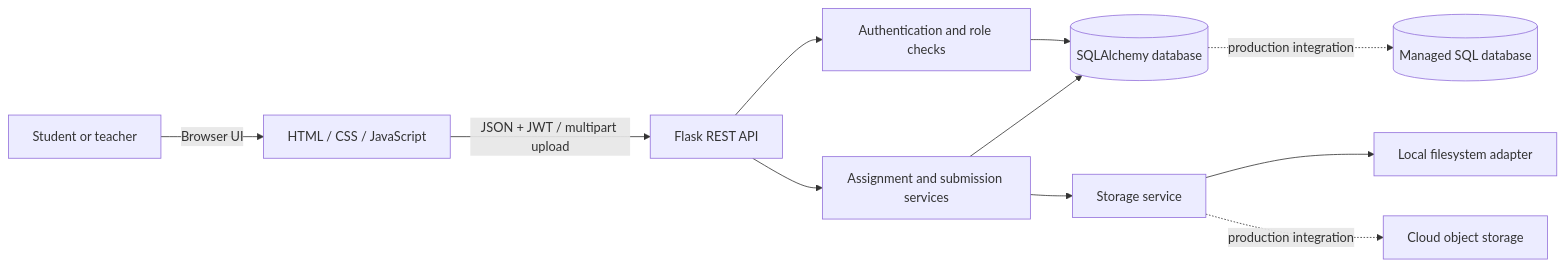
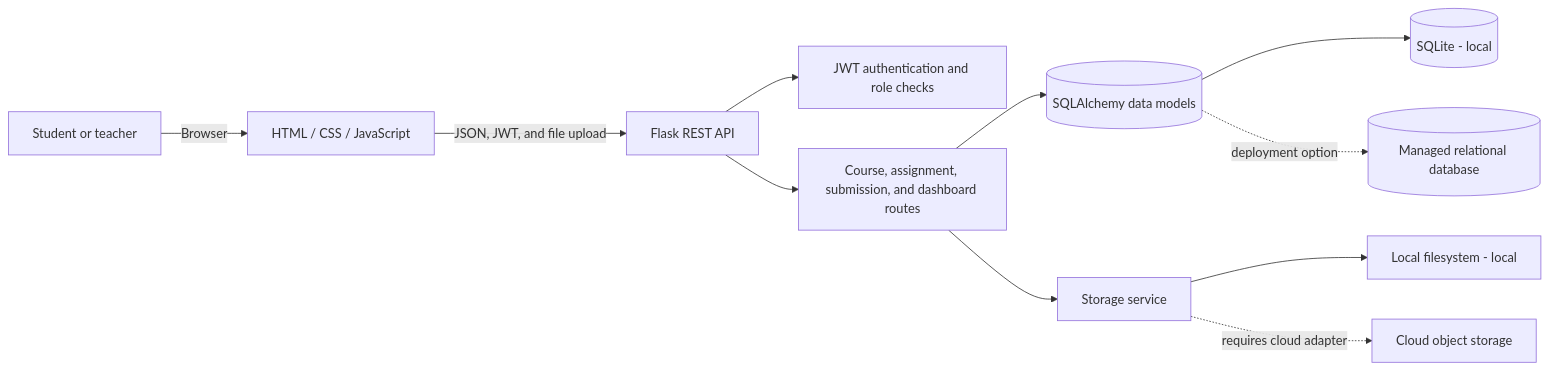
The diagram in README.md (adarshsrivastav23905/Student-Assignment-Submission-Feedback-Portal), drawn with Mermaid before and after one commit. The commit also changed other lines of this file and 1 other file, not shown here.

````diff
--- a/README.md
+++ b/README.md
@@ -61,13 +95,13 @@
 ```mermaid
 flowchart LR
-    U[Student or teacher] -->|Browser UI| F[HTML / CSS / JavaScript]
-    F -->|JSON + JWT / multipart upload| A[Flask REST API]
-    A --> AU[Authentication and role checks]
-    A --> S[Assignment and submission services]
-    AU --> D[(SQLAlchemy database)]
-    S --> D
-    S --> O[Storage service]
-    O --> L[Local filesystem adapter]
-    D -. production integration .-> CD[(Managed SQL database)]
-    O -. production integration .-> CO[Cloud object storage]
+    U[Student or teacher] -->|Browser| F[HTML / CSS / JavaScript]
+    F -->|JSON, JWT, and file upload| A[Flask REST API]
+    A --> AU[JWT authentication and role checks]
+    A --> AR[Course, assignment, submission, and dashboard routes]
+    AR --> D[(SQLAlchemy data models)]
+    AR --> ST[Storage service]
+    D --> SQ[(SQLite - local)]
+    ST --> FS[Local filesystem - local]
+    D -. deployment option .-> DB[(Managed relational database)]
+    ST -. requires cloud adapter .-> OS[Cloud object storage]
 ```
````
